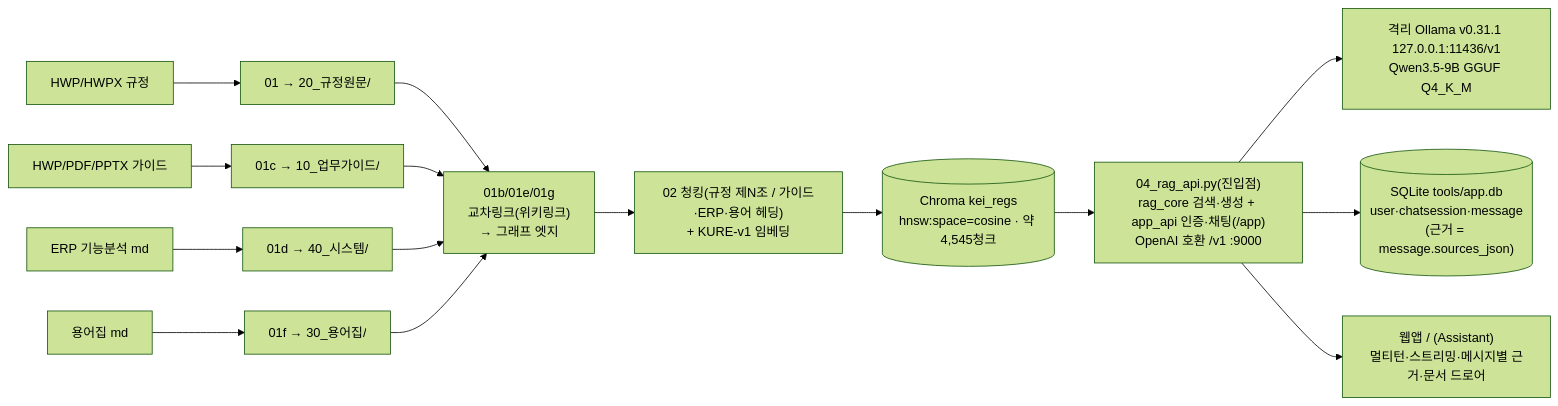
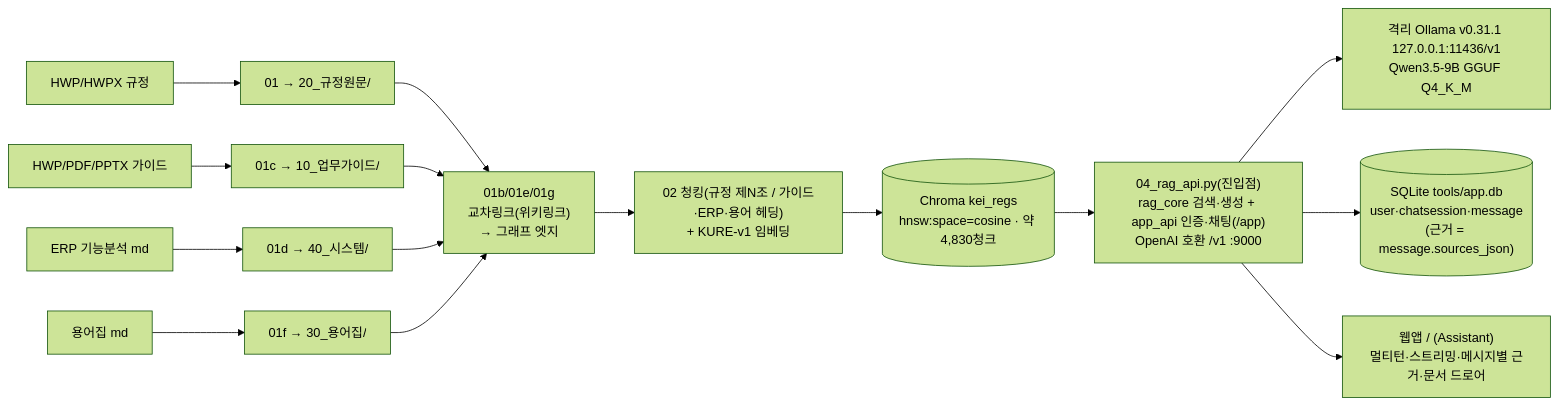
Before and after one commit to mooner92/KEIAdminSuperv: the second of 3 diagrams in README.md, drawn with Mermaid (forest theme). The commit also changed other lines of this file and 13 other files, not shown here.

````diff
--- a/README.md
+++ b/README.md
@@ -238,17 +255,17 @@
 ```mermaid
 flowchart LR
     HWP["HWP/HWPX 규정"] --> S01["01 → 20_규정원문/"]
     GD["HWP/PDF/PPTX 가이드"] --> S1C["01c → 10_업무가이드/"]
     ERP["ERP 기능분석 md"] --> S1D["01d → 40_시스템/"]
     TRM["용어집 md"] --> S1F["01f → 30_용어집/"]
     S01 --> XL["01b/01e/01g<br/>교차링크(위키링크)<br/>→ 그래프 엣지"]
     S1C --> XL
     S1D --> XL
     S1F --> XL
     XL --> S02["02 청킹(규정 제N조 / 가이드·ERP·용어 헤딩)<br/>+ KURE-v1 임베딩"]
-    S02 --> Chroma[("Chroma kei_regs<br/>hnsw:space=cosine · 약 4,545청크")]
+    S02 --> Chroma[("Chroma kei_regs<br/>hnsw:space=cosine · 약 4,830청크")]
     Chroma --> S04["04_rag_api.py(진입점)<br/>rag_core 검색·생성 + app_api 인증·채팅(/app)<br/>OpenAI 호환 /v1 :9000"]
     S04 --> Ollama["격리 Ollama v0.31.1 127.0.0.1:11436/v1<br/>Qwen3.5-9B GGUF Q4_K_M"]
     S04 --> DB[("SQLite tools/app.db<br/>user·chatsession·message<br/>(근거 = message.sources_json)")]
     S04 --> Chat["웹앱 / (Assistant)<br/>멀티턴·스트리밍·메시지별 근거·문서 드로어"]
 ```
````
